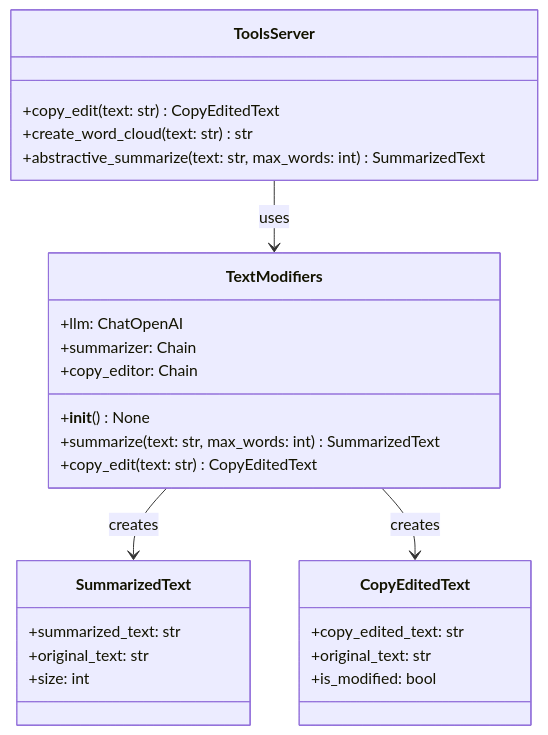
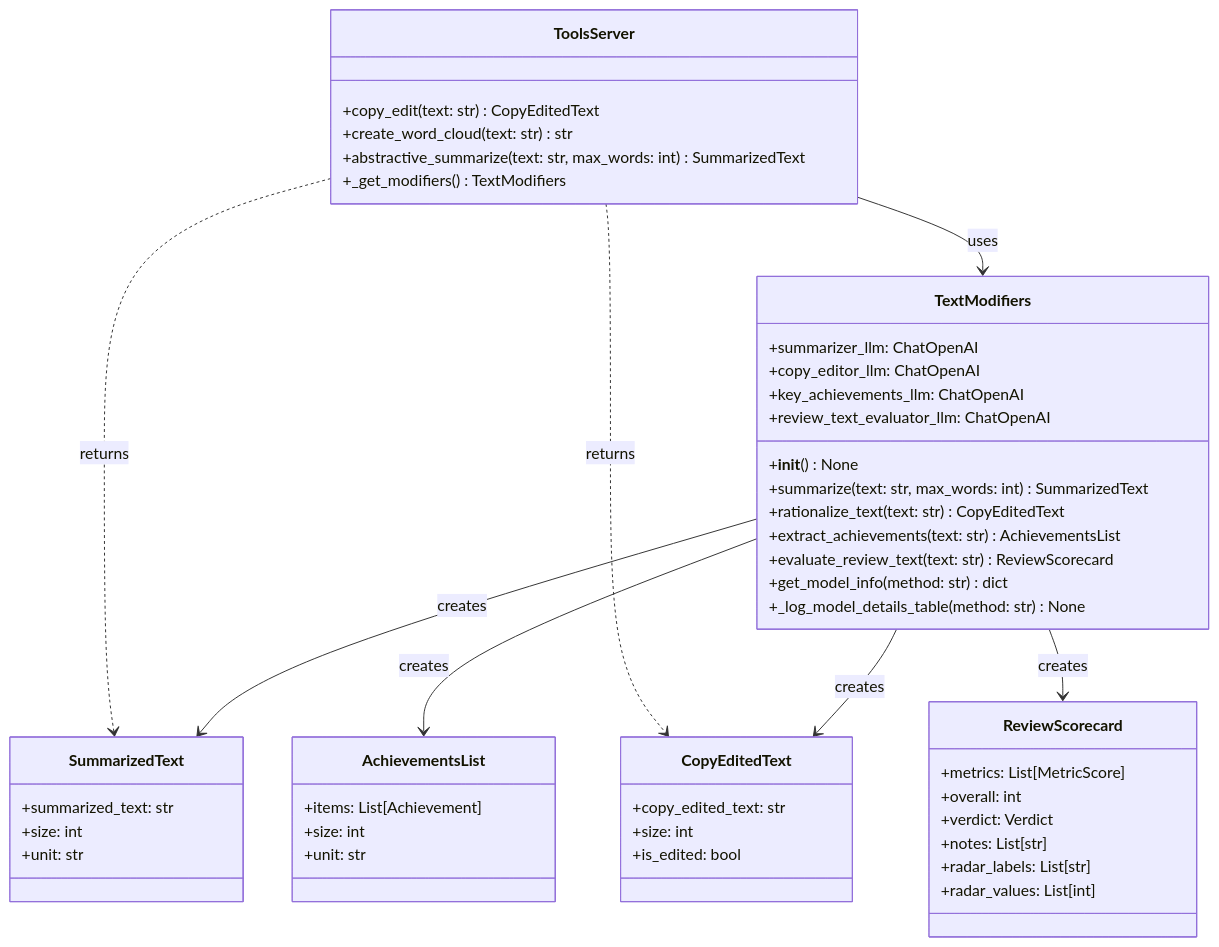
The first of 3 diagrams in docs/metamorphosis/mcp/index.md (supportvectors/metamorphosis), drawn with Mermaid before and after one commit. The commit also changed other lines of this file and 103 other files, not shown here.

````diff
--- a/docs/metamorphosis/mcp/index.md
+++ b/docs/metamorphosis/mcp/index.md
@@ -26,34 +7,58 @@
 ```mermaid
 classDiagram
     class TextModifiers {
-        +llm: ChatOpenAI
-        +summarizer: Chain
-        +copy_editor: Chain
+        +summarizer_llm: ChatOpenAI
+        +copy_editor_llm: ChatOpenAI
+        +key_achievements_llm: ChatOpenAI
+        +review_text_evaluator_llm: ChatOpenAI
         +__init__() None
         +summarize(text: str, max_words: int) SummarizedText
-        +copy_edit(text: str) CopyEditedText
+        +rationalize_text(text: str) CopyEditedText
+        +extract_achievements(text: str) AchievementsList
+        +evaluate_review_text(text: str) ReviewScorecard
+        +get_model_info(method: str) dict
+        +_log_model_details_table(method: str) None
     }
-    
-    class SummarizedText {
-        +summarized_text: str
-        +original_text: str
-        +size: int
-    }
-    
-    class CopyEditedText {
-        +copy_edited_text: str
-        +original_text: str
-        +is_modified: bool
-    }
-    
-    TextModifiers --> SummarizedText : creates
-    TextModifiers --> CopyEditedText : creates
     
     class ToolsServer {
         +copy_edit(text: str) CopyEditedText
         +create_word_cloud(text: str) str
         +abstractive_summarize(text: str, max_words: int) SummarizedText
+        +_get_modifiers() TextModifiers
     }
     
+    class SummarizedText {
+        +summarized_text: str
+        +size: int
+        +unit: str
+    }
+    
+    class CopyEditedText {
+        +copy_edited_text: str
+        +size: int
+        +is_edited: bool
+    }
+    
+    class AchievementsList {
+        +items: List[Achievement]
+        +size: int
+        +unit: str
+    }
+    
+    class ReviewScorecard {
+        +metrics: List[MetricScore]
+        +overall: int
+        +verdict: Verdict
+        +notes: List[str]
+        +radar_labels: List[str]
+        +radar_values: List[int]
+    }
+    
+    TextModifiers --> SummarizedText : creates
+    TextModifiers --> CopyEditedText : creates
+    TextModifiers --> AchievementsList : creates
+    TextModifiers --> ReviewScorecard : creates
     ToolsServer --> TextModifiers : uses
+    ToolsServer ..> SummarizedText : returns
+    ToolsServer ..> CopyEditedText : returns
 ```
````
